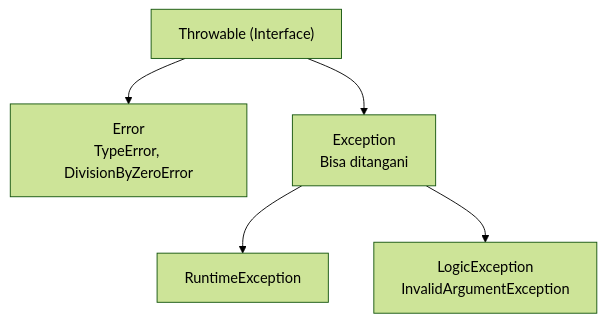
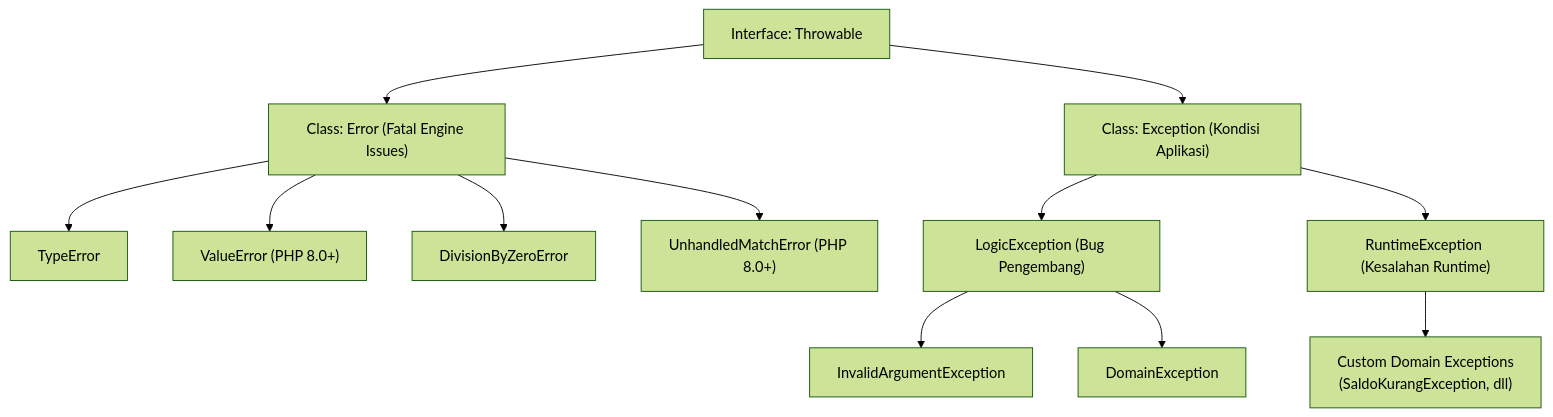
One commit to mahendaruui/Perkuliahan changed the diagram in docs/pemrograman-oop-php/exception-handling.md. Above: the diagram before and after it, drawn with Mermaid (forest theme). The commit also changed other lines of this file and 11 other files, not shown here.

````diff
--- a/docs/pemrograman-oop-php/exception-handling.md
+++ b/docs/pemrograman-oop-php/exception-handling.md
@@ -14,7 +19,18 @@
 ```mermaid
-graph TD
-    Throwable["Throwable (Interface)"] --> Error["Error<br>TypeError, DivisionByZeroError"]
-    Throwable --> Exception["Exception<br>Bisa ditangani"]
-    Exception --> Runtime["RuntimeException"]
-    Exception --> Logic["LogicException<br>InvalidArgumentException"]
+flowchart TD
+    Throwable["Interface: Throwable"]
+    
+    Throwable --> Error["Class: Error (Fatal Engine Issues)"]
+    Error --> TypeError["TypeError"]
+    Error --> ValueError["ValueError (PHP 8.0+)"]
+    Error --> DivisionByZeroError["DivisionByZeroError"]
+    Error --> UnhandledMatchError["UnhandledMatchError (PHP 8.0+)"]
+    
+    Throwable --> Exception["Class: Exception (Kondisi Aplikasi)"]
+    Exception --> LogicException["LogicException (Bug Pengembang)"]
+    LogicException --> InvalidArgumentException["InvalidArgumentException"]
+    LogicException --> DomainException["DomainException"]
+    
+    Exception --> RuntimeException["RuntimeException (Kesalahan Runtime)"]
+    RuntimeException --> CustomAppException["Custom Domain Exceptions<br>(SaldoKurangException, dll)"]
 ```
````
